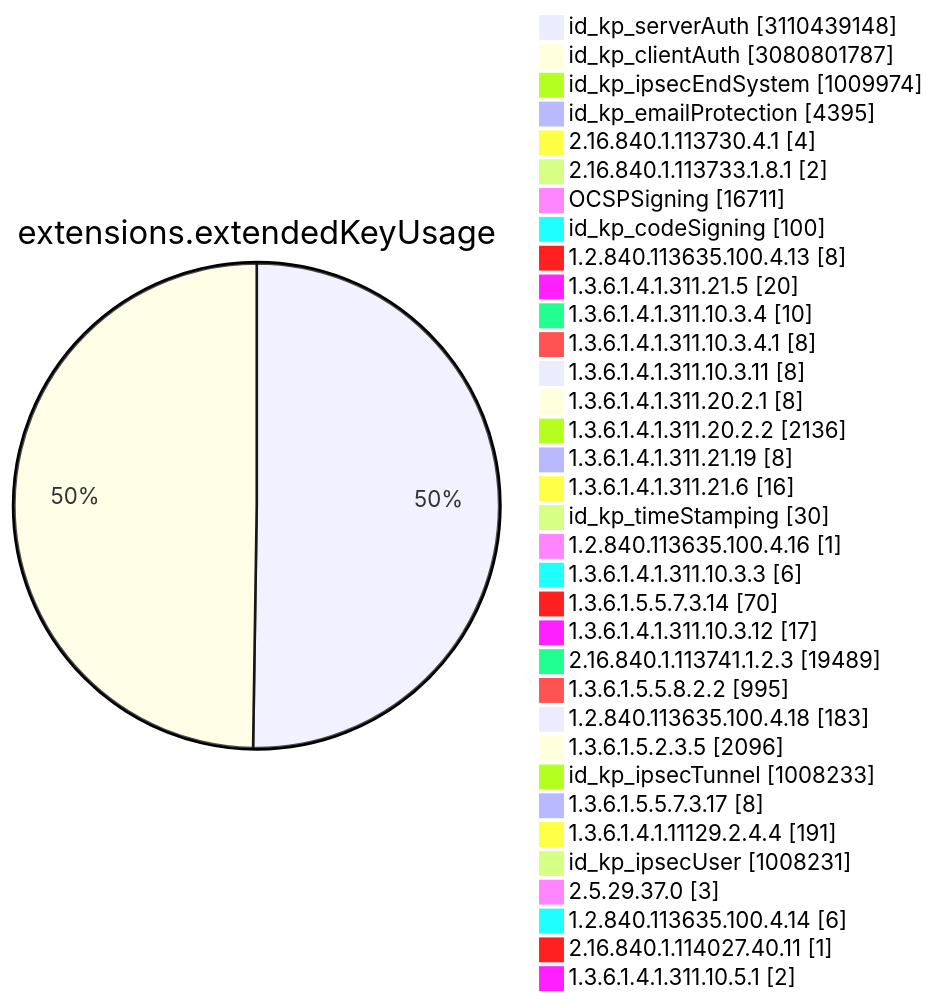
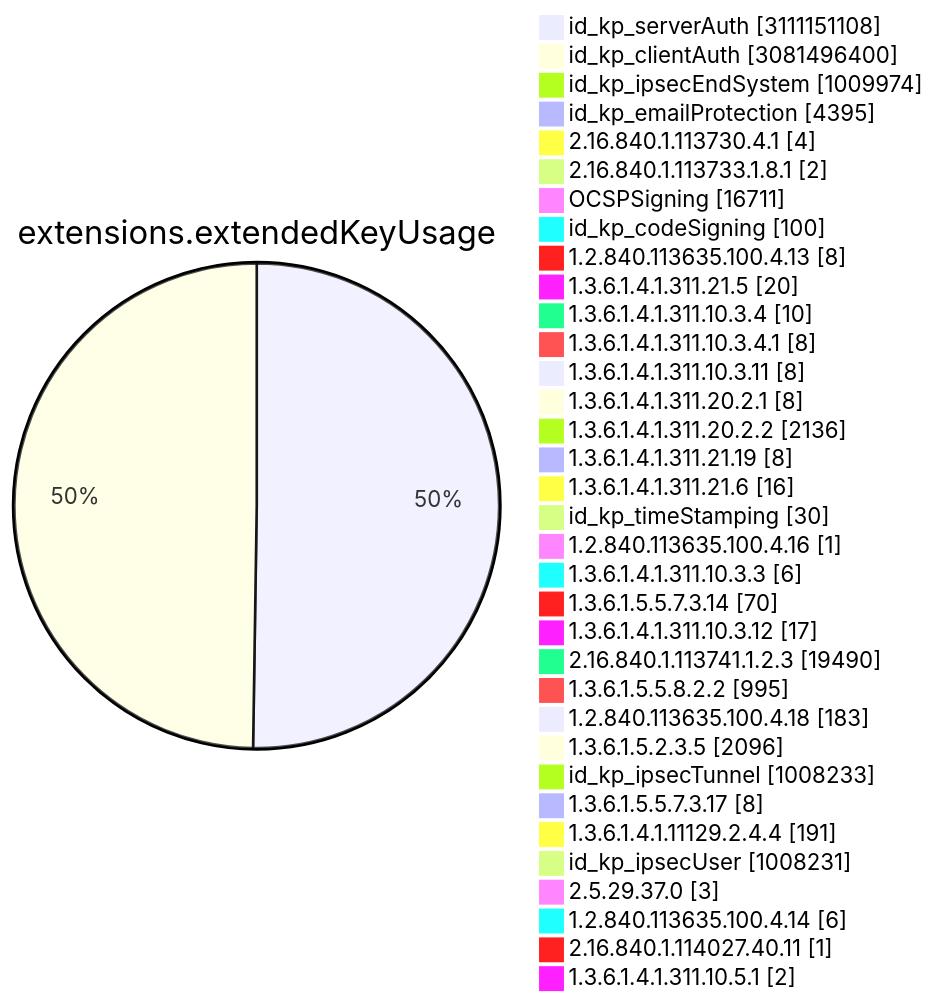
Diagram 11 of 15 in TOTAL/README.md (christiankrug/ctmonitor_visualization), drawn with Mermaid before and after one commit. The commit also changed other lines of this file, not shown here.

````diff
--- a/TOTAL/README.md
+++ b/TOTAL/README.md
@@ -4119,38 +4119,38 @@
 ```mermaid
 pie showData
 title extensions.extendedKeyUsage
-"id_kp_serverAuth" :3110439148
-"id_kp_clientAuth" :3080801787
+"id_kp_serverAuth" :3111151108
+"id_kp_clientAuth" :3081496400
 "id_kp_ipsecEndSystem" :1009974
 "id_kp_emailProtection" :4395
 "2.16.840.1.113730.4.1" :4
 "2.16.840.1.113733.1.8.1" :2
 "OCSPSigning" :16711
 "id_kp_codeSigning" :100
 "1.2.840.113635.100.4.13" :8
 "1.3.6.1.4.1.311.21.5" :20
 "1.3.6.1.4.1.311.10.3.4" :10
 "1.3.6.1.4.1.311.10.3.4.1" :8
 "1.3.6.1.4.1.311.10.3.11" :8
 "1.3.6.1.4.1.311.20.2.1" :8
 "1.3.6.1.4.1.311.20.2.2" :2136
 "1.3.6.1.4.1.311.21.19" :8
 "1.3.6.1.4.1.311.21.6" :16
 "id_kp_timeStamping" :30
 "1.2.840.113635.100.4.16" :1
 "1.3.6.1.4.1.311.10.3.3" :6
 "1.3.6.1.5.5.7.3.14" :70
 "1.3.6.1.4.1.311.10.3.12" :17
-"2.16.840.1.113741.1.2.3" :19489
+"2.16.840.1.113741.1.2.3" :19490
 "1.3.6.1.5.5.8.2.2" :995
 "1.2.840.113635.100.4.18" :183
 "1.3.6.1.5.2.3.5" :2096
 "id_kp_ipsecTunnel" :1008233
 "1.3.6.1.5.5.7.3.17" :8
 "1.3.6.1.4.1.11129.2.4.4" :191
 "id_kp_ipsecUser" :1008231
 "2.5.29.37.0" :3
 "1.2.840.113635.100.4.14" :6
 "2.16.840.1.114027.40.11" :1
 "1.3.6.1.4.1.311.10.5.1" :2
 ```
````
